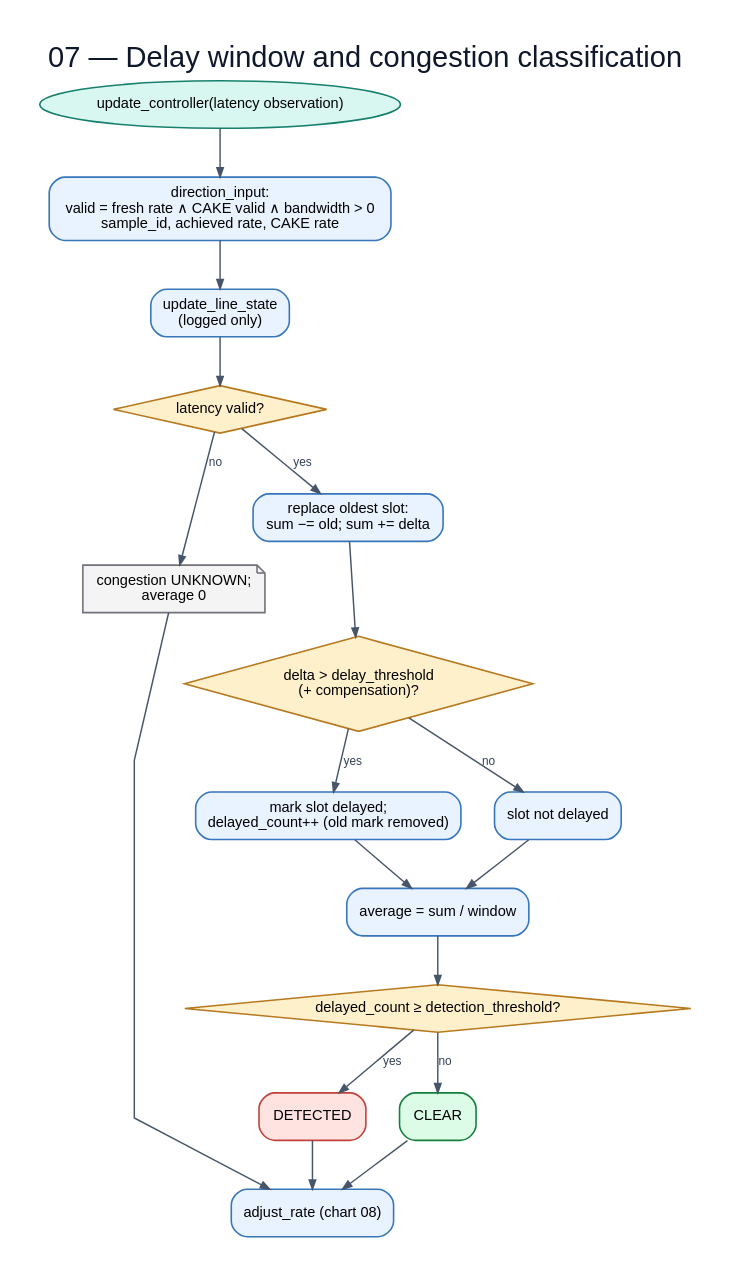
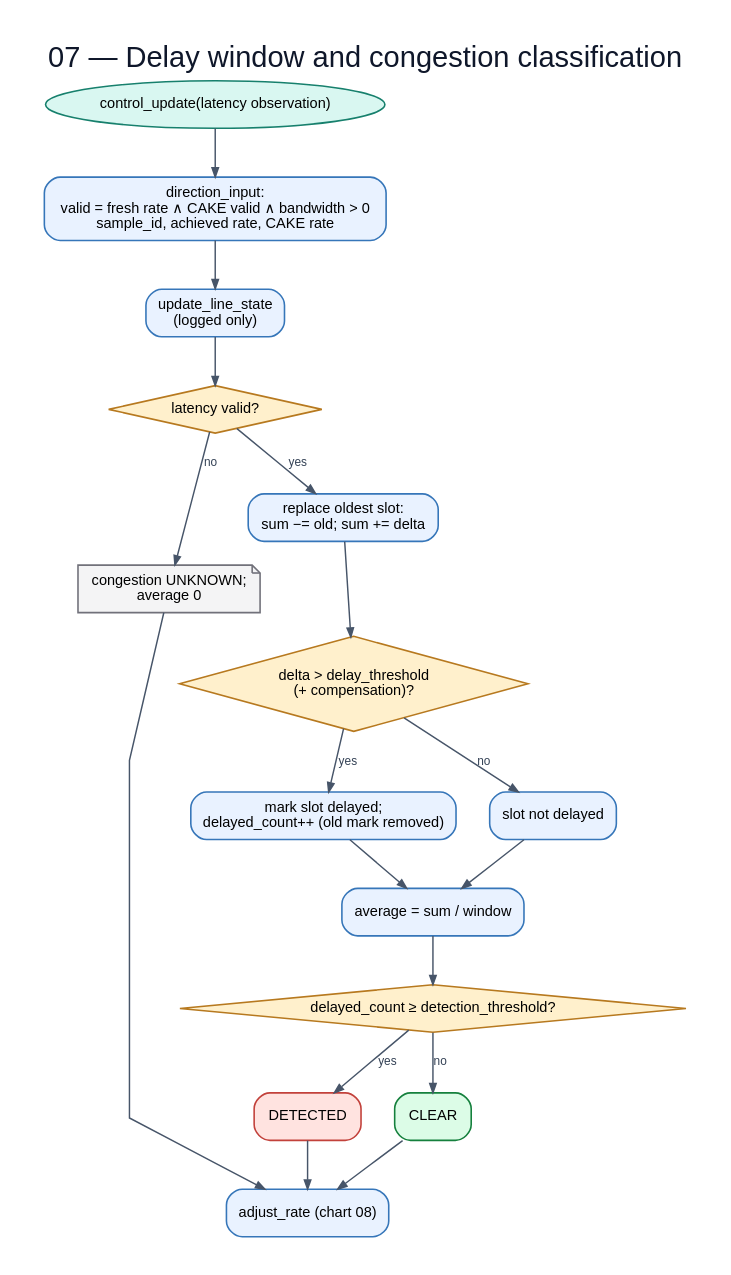
Before and after one commit to huydoan94/cake-adapt: the diagram in flowchart/diagrams/07-controller-window.dot, drawn with Graphviz. The commit also changed 19 other files, not shown here.

First line of the commit message:
Regenerate the flowcharts for the restructured monitor

```diff
--- a/flowchart/diagrams/07-controller-window.dot
+++ b/flowchart/diagrams/07-controller-window.dot
@@ -1,35 +1,35 @@
 digraph G {
   graph [rankdir=TB,bgcolor="white",pad="0.30",nodesep="0.35",ranksep="0.48",splines=polyline,fontname="Arial",label="07 — Delay window and congestion classification",labelloc=t,fontsize=22,fontcolor="#0f172a"];
   node [fontname="Arial",fontsize=11,margin="0.14,0.09",penwidth=1.2];
   edge [fontname="Arial",fontsize=9,color="#475569",fontcolor="#334155",arrowsize=0.7,penwidth=1.1];
-  input [label="update_controller(latency observation)",shape=oval,style="filled",fillcolor="#d9f7f1",color="#17806d"];
+  input [label="control_update(latency observation)",shape=oval,style="filled",fillcolor="#d9f7f1",color="#17806d"];
   dir [label="direction_input:\nvalid = fresh rate ∧ CAKE valid ∧ bandwidth > 0\nsample_id, achieved rate, CAKE rate",shape=box,style="rounded,filled",fillcolor="#e9f2ff",color="#3676b9"];
   line [label="update_line_state\n(logged only)",shape=box,style="rounded,filled",fillcolor="#e9f2ff",color="#3676b9"];
   lat [label="latency valid?",shape=diamond,style="filled",fillcolor="#fff0cc",color="#b7791f"];
   unknown [label="congestion UNKNOWN;\naverage 0",shape=note,style="filled",fillcolor="#f4f4f5",color="#71717a"];
   slot [label="replace oldest slot:\nsum −= old; sum += delta",shape=box,style="rounded,filled",fillcolor="#e9f2ff",color="#3676b9"];
   delayed [label="delta > delay_threshold\n(+ compensation)?",shape=diamond,style="filled",fillcolor="#fff0cc",color="#b7791f"];
   inc [label="mark slot delayed;\ndelayed_count++ (old mark removed)",shape=box,style="rounded,filled",fillcolor="#e9f2ff",color="#3676b9"];
   clr [label="slot not delayed",shape=box,style="rounded,filled",fillcolor="#e9f2ff",color="#3676b9"];
   avg [label="average = sum / window",shape=box,style="rounded,filled",fillcolor="#e9f2ff",color="#3676b9"];
   thr [label="delayed_count ≥ detection_threshold?",shape=diamond,style="filled",fillcolor="#fff0cc",color="#b7791f"];
   det [label="DETECTED",shape=box,style="rounded,filled",fillcolor="#ffe3e0",color="#c2413b"];
   clear [label="CLEAR",shape=box,style="rounded,filled,bold",fillcolor="#dcfce7",color="#15803d"];
   rate [label="adjust_rate (chart 08)",shape=box,style="rounded,filled",fillcolor="#e9f2ff",color="#3676b9"];
   input -> dir;
   dir -> line;
   line -> lat;
   lat -> unknown [label="no"];
   lat -> slot [label="yes"];
   slot -> delayed;
   delayed -> inc [label="yes"];
   delayed -> clr [label="no"];
   inc -> avg;
   clr -> avg;
   avg -> thr;
   thr -> det [label="yes"];
   thr -> clear [label="no"];
   det -> rate;
   clear -> rate;
   unknown -> rate;
 }
```
